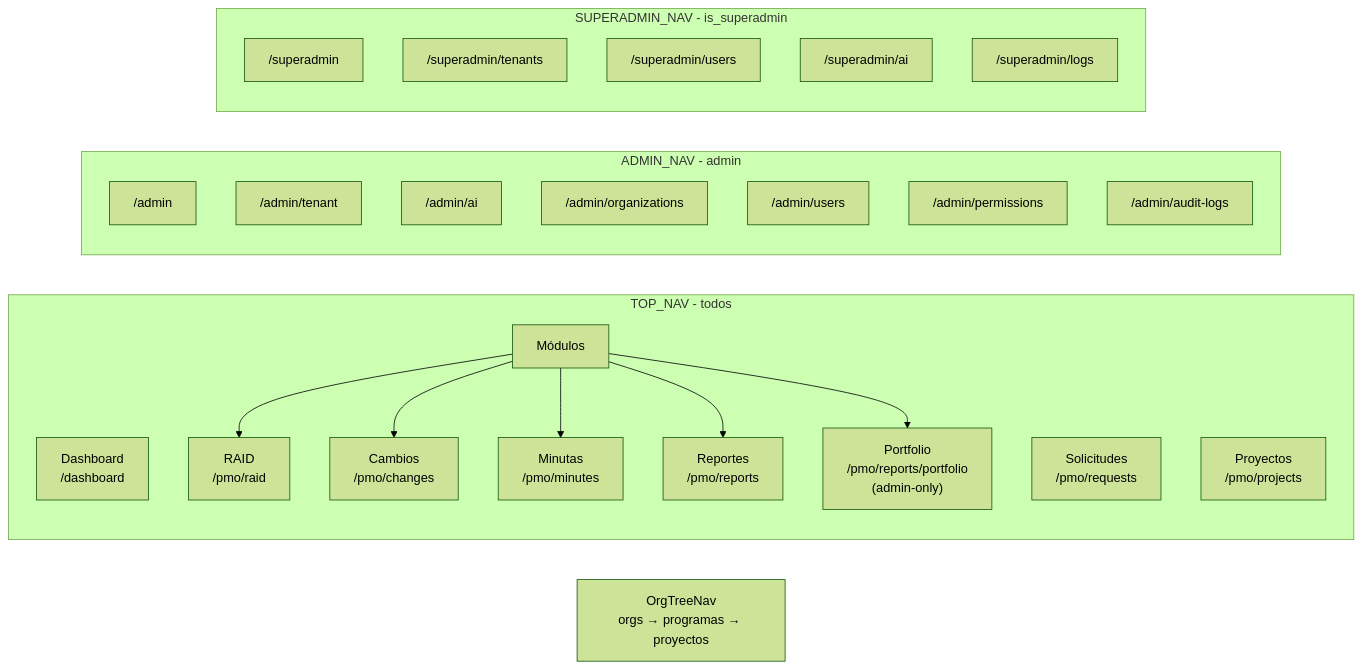
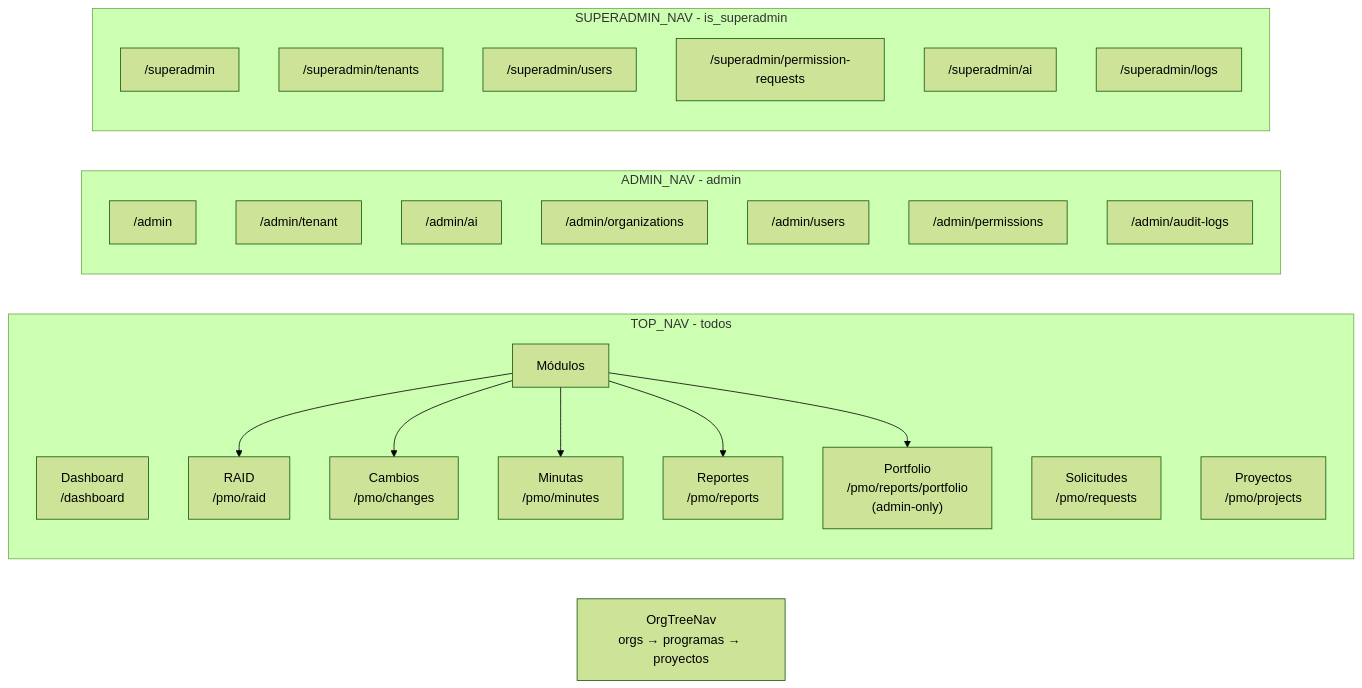
The second of 8 diagrams in docs/architecture/navigation.md (xguilxr/pmo_aas), drawn with Mermaid (forest theme) before and after one commit. The commit also changed other lines of this file and 8 other files, not shown here.

````diff
--- a/docs/architecture/navigation.md
+++ b/docs/architecture/navigation.md
@@ -137,34 +133,35 @@
 ```mermaid
 flowchart LR
     subgraph TOP_NAV ["TOP_NAV - todos"]
         N1["Dashboard<br/>/dashboard"]
         N2["Solicitudes<br/>/pmo/requests"]
         N3["Proyectos<br/>/pmo/projects"]
         N4["Módulos"]
         N4 --> N4a["RAID<br/>/pmo/raid"]
         N4 --> N4b["Cambios<br/>/pmo/changes"]
         N4 --> N4c["Minutas<br/>/pmo/minutes"]
         N4 --> N4d["Reportes<br/>/pmo/reports"]
         N4 --> N4e["Portfolio<br/>/pmo/reports/portfolio<br/>(admin-only)"]
     end
 
     subgraph ADMIN_NAV ["ADMIN_NAV - admin"]
         A0["/admin"]
         A1["/admin/tenant"]
         A2["/admin/ai"]
         A3["/admin/organizations"]
         A4["/admin/users"]
         A5["/admin/permissions"]
         A6["/admin/audit-logs"]
     end
 
     subgraph SUPER_NAV ["SUPERADMIN_NAV - is_superadmin"]
         S1["/superadmin"]
         S2["/superadmin/tenants"]
         S3["/superadmin/users"]
-        S4["/superadmin/ai"]
-        S5["/superadmin/logs"]
+        S4["/superadmin/permission-requests"]
+        S5["/superadmin/ai"]
+        S6["/superadmin/logs"]
     end
 
     TREE["OrgTreeNav<br/>orgs → programas → proyectos"]
 ```
````
